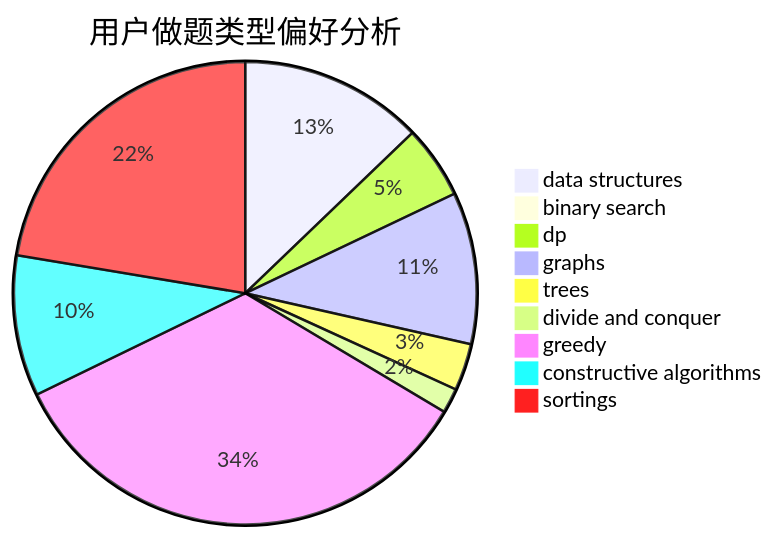
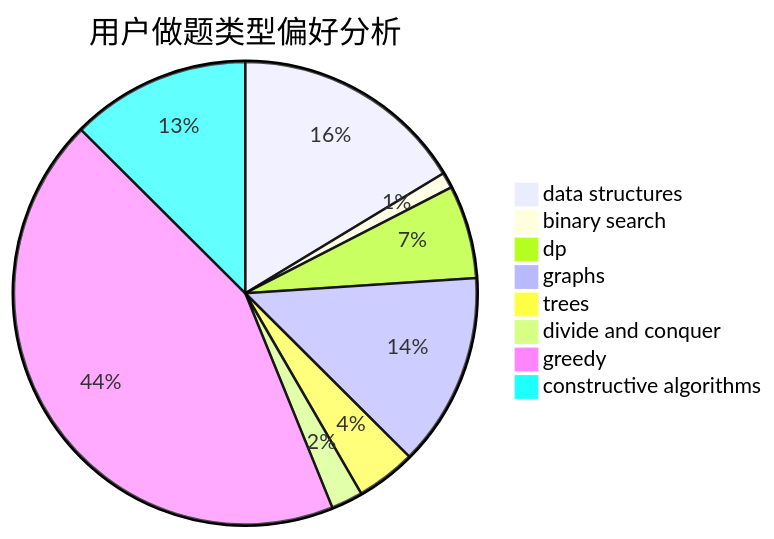
One commit to sherpahu/cfrs.github.io changed the second of 3 diagrams in docs/user/u527.md. Above: the diagram before and after it, drawn with Mermaid. The commit also changed other lines of this file and 2769 other files, not shown here.

````diff
--- a/docs/user/u527.md
+++ b/docs/user/u527.md
@@ -18,12 +18,11 @@
 ```mermaid
 pie title 用户做题类型偏好分析
     "data structures" :  133
     "binary search" :  9
     "dp" :  53
     "graphs" :  110
     "trees" :  34
     "divide and conquer" :  18
     "greedy" :  355
     "constructive algorithms" :  102
-    "sortings" :  232
 ```
````
